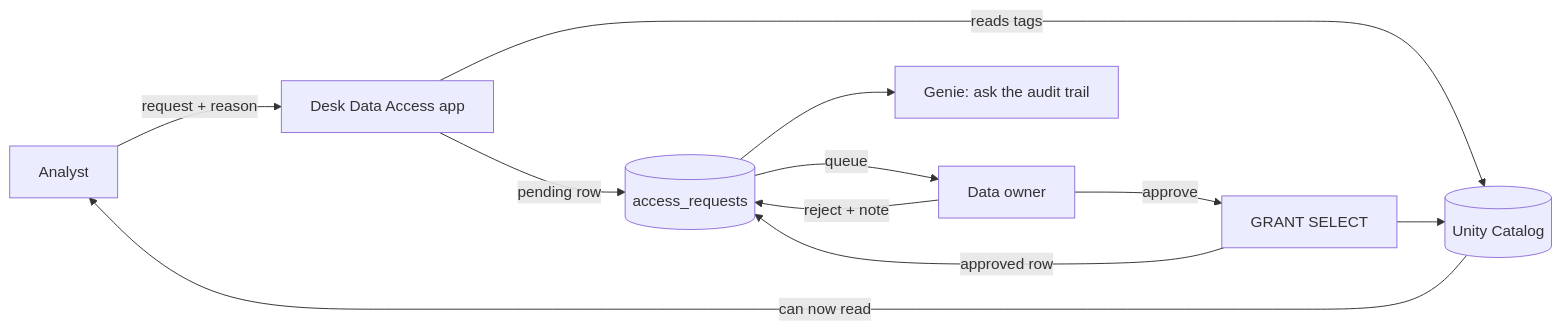
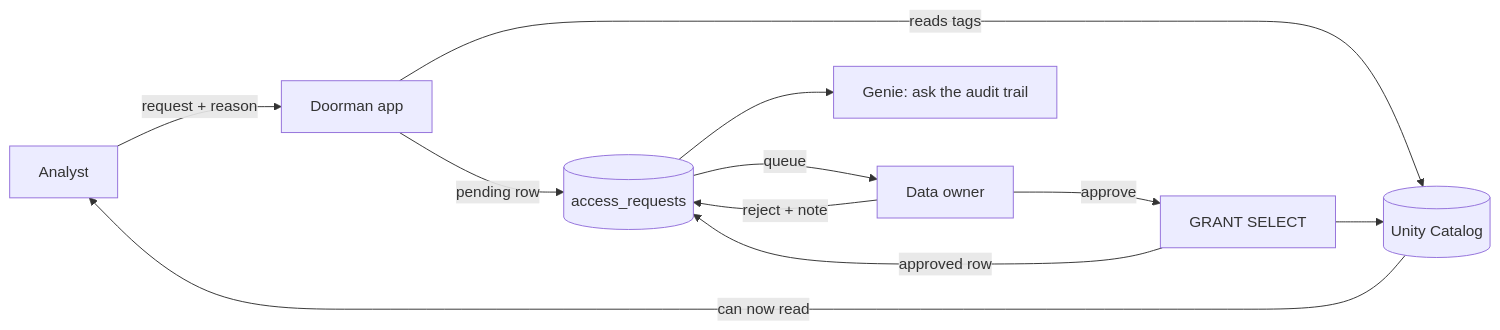
One commit to younis-y/doorman-databricks changed the diagram in README.md. Above: the diagram before and after it, drawn with Mermaid. The commit also changed other lines of this file and 1 other file, not shown here.

Commit message:
Rename the product to Doorman

````diff
--- a/README.md
+++ b/README.md
@@ -13,13 +14,13 @@
 ```mermaid
 flowchart LR
-    A[Analyst] -->|request + reason| App[Desk Data Access app]
+    A[Analyst] -->|request + reason| App[Doorman app]
     App -->|reads tags| UC[(Unity Catalog)]
     App -->|pending row| Log[(access_requests)]
     Log -->|queue| O[Data owner]
     O -->|approve| G[GRANT SELECT]
     G --> UC
     O -->|reject + note| Log
     G -->|approved row| Log
     Log --> Genie[Genie: ask the audit trail]
     UC -->|can now read| A
 ```
````
